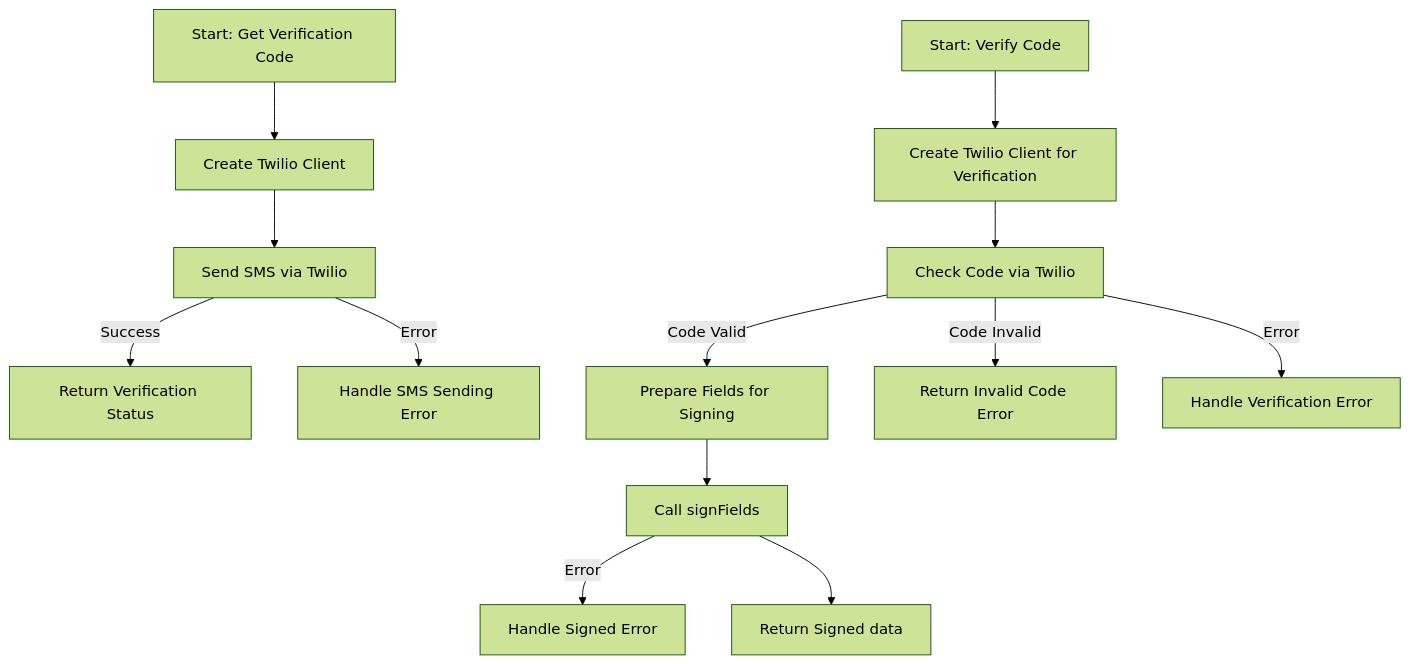
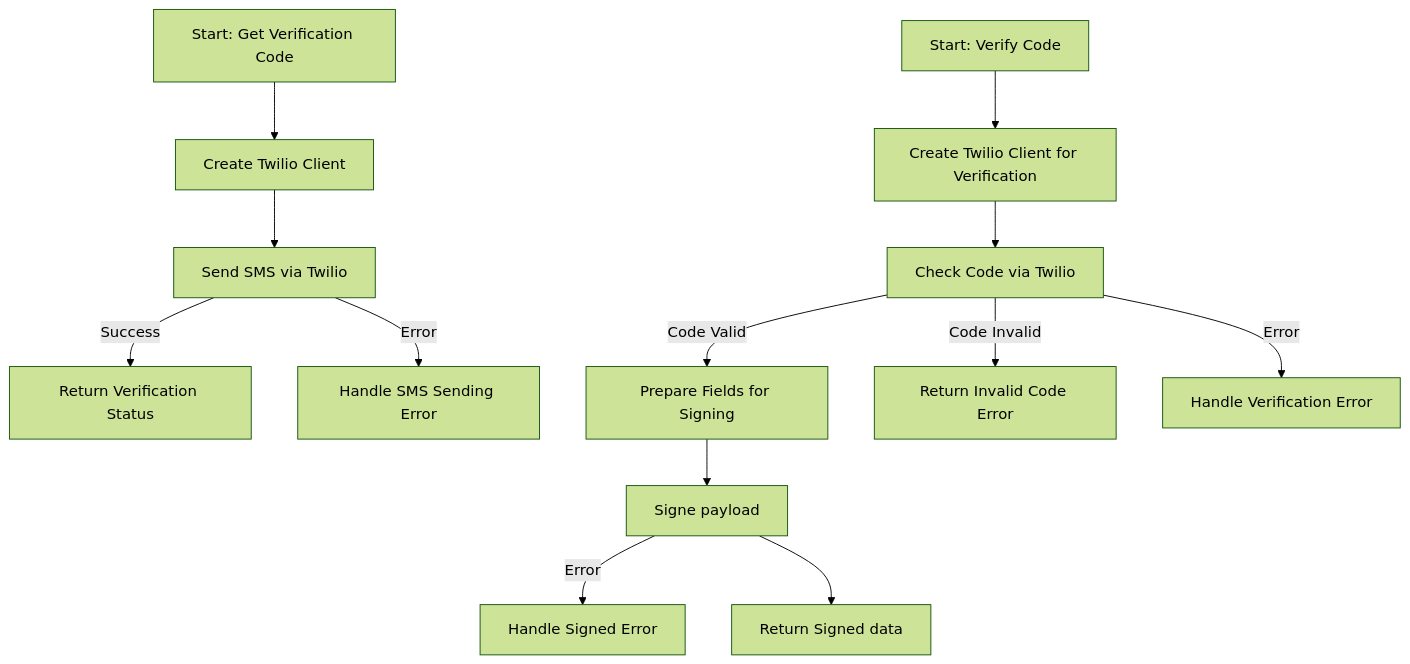
The third of 3 diagrams in README.md (zguesmi/PRENDICO), drawn with Mermaid (forest theme) before and after one commit. The commit also changed other lines of this file, not shown here.

Commit message:
signe payload

````diff
--- a/README.md
+++ b/README.md
@@ -127,16 +127,16 @@
 ```mermaid
 graph TD
     A[Start: Get Verification Code] --> B[Create Twilio Client]
     B --> C[Send SMS via Twilio]
     C -->|Success| D[Return Verification Status]
     C -->|Error| E[Handle SMS Sending Error]
 
     F[Start: Verify Code] --> G[Create Twilio Client for Verification]
     G --> H[Check Code via Twilio]
     H -->|Code Valid| I[Prepare Fields for Signing]
     H -->|Code Invalid| J[Return Invalid Code Error]
-    I --> K[Call signFields]
+    I --> K[Signe payload]
     K -->|Error| L[Handle Signed Error]
     K --> M[Return Signed data]
     H -->|Error| N[Handle Verification Error]
 ```
````
